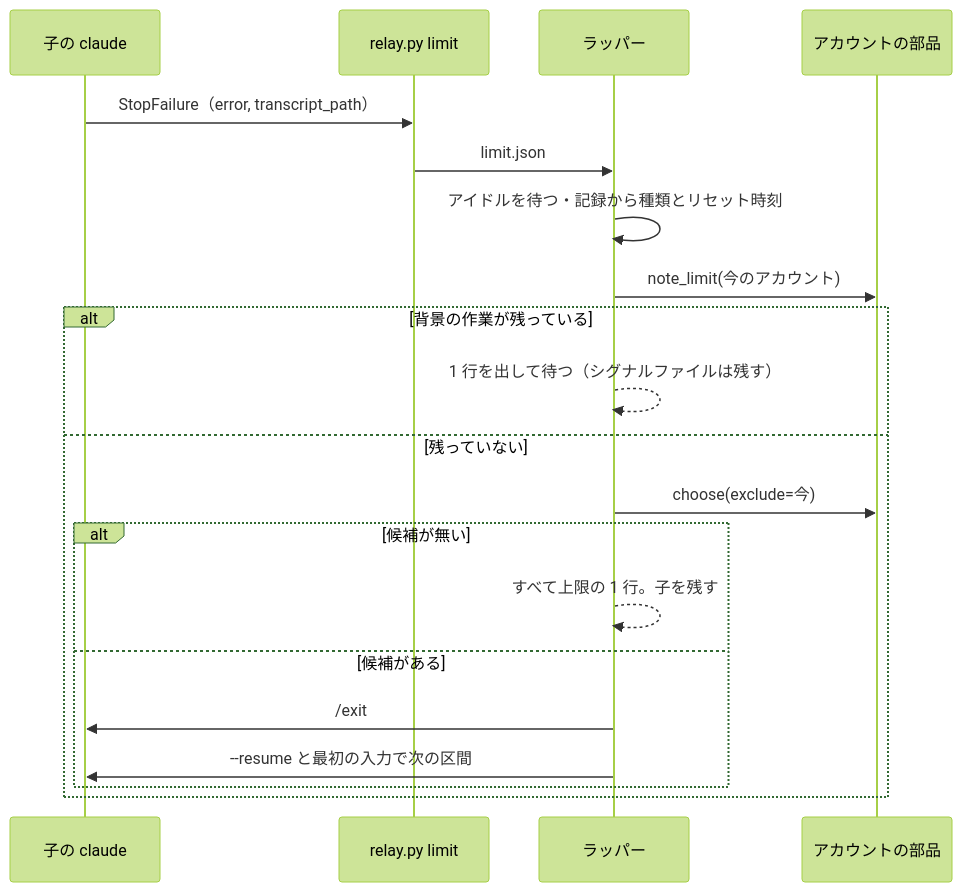
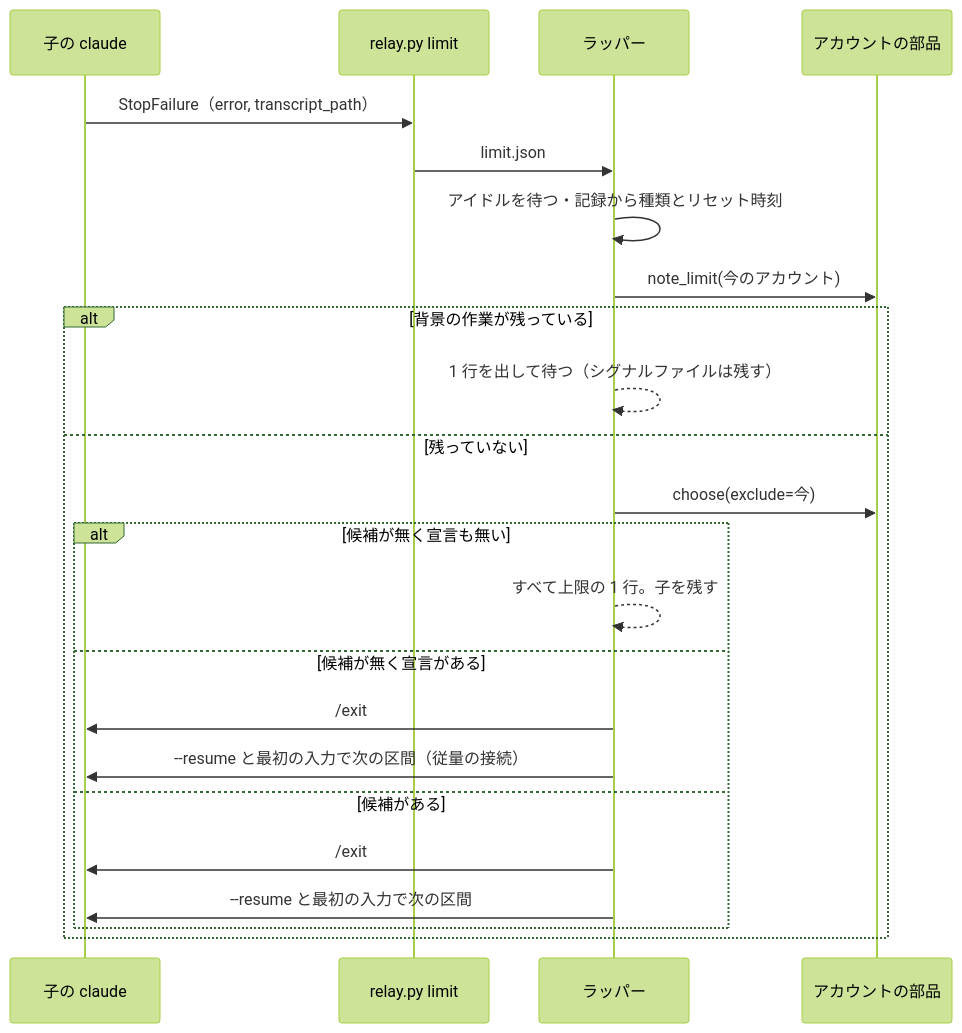
The sixth of 9 diagrams in issues/issue-1389-design.md (devbasex/ai-plugins), drawn with Mermaid (forest theme) before and after one commit. The commit also changed other lines of this file and 4 other files, not shown here.

````diff
--- a/issues/issue-1389-design.md
+++ b/issues/issue-1389-design.md
@@ -411,22 +443,25 @@
 ```mermaid
 sequenceDiagram
     participant C as 子の claude
     participant H as relay.py limit
     participant R as ラッパー
     participant A as アカウントの部品
     C->>H: StopFailure（error, transcript_path）
     H->>R: limit.json
     R->>R: アイドルを待つ・記録から種類とリセット時刻
     R->>A: note_limit(今のアカウント)
     alt 背景の作業が残っている
         R-->>R: 1 行を出して待つ（シグナルファイルは残す）
     else 残っていない
         R->>A: choose(exclude=今)
-        alt 候補が無い
+        alt 候補が無く宣言も無い
             R-->>R: すべて上限の 1 行。子を残す
+        else 候補が無く宣言がある
+            R->>C: /exit
+            R->>C: --resume と最初の入力で次の区間（従量の接続）
         else 候補がある
             R->>C: /exit
             R->>C: --resume と最初の入力で次の区間
         end
     end
 ```
````
